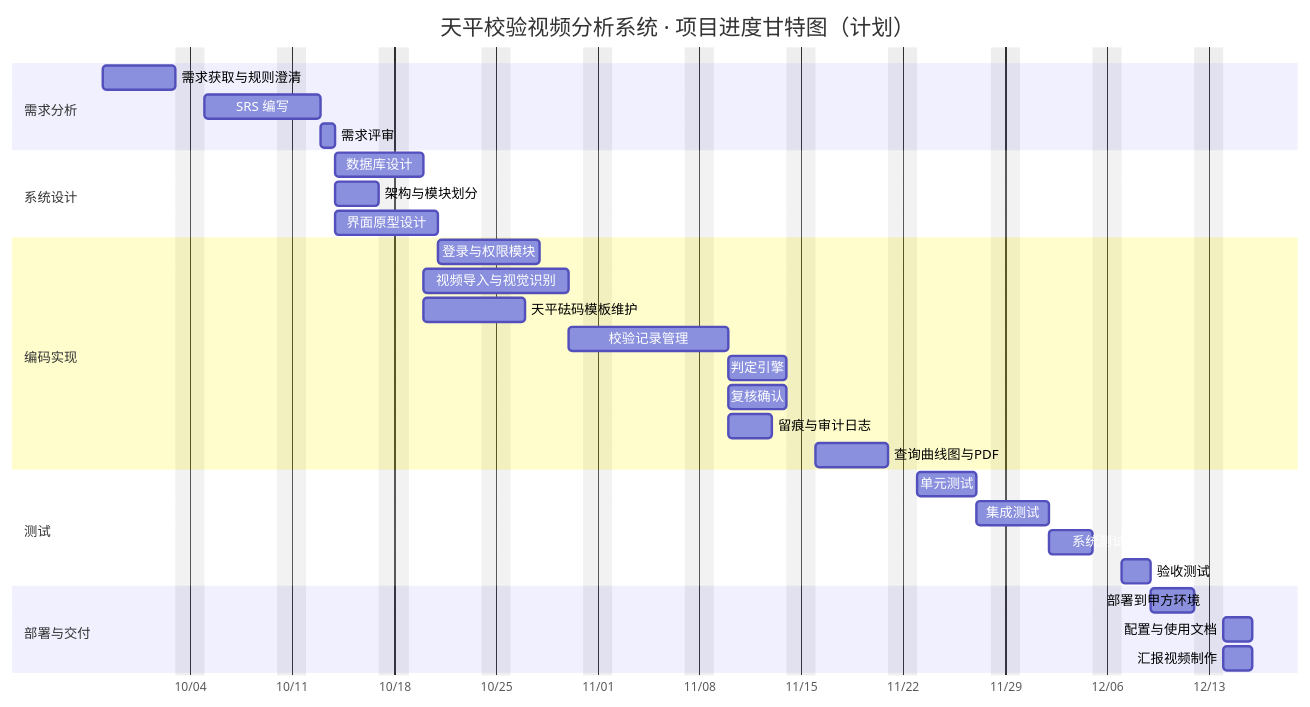
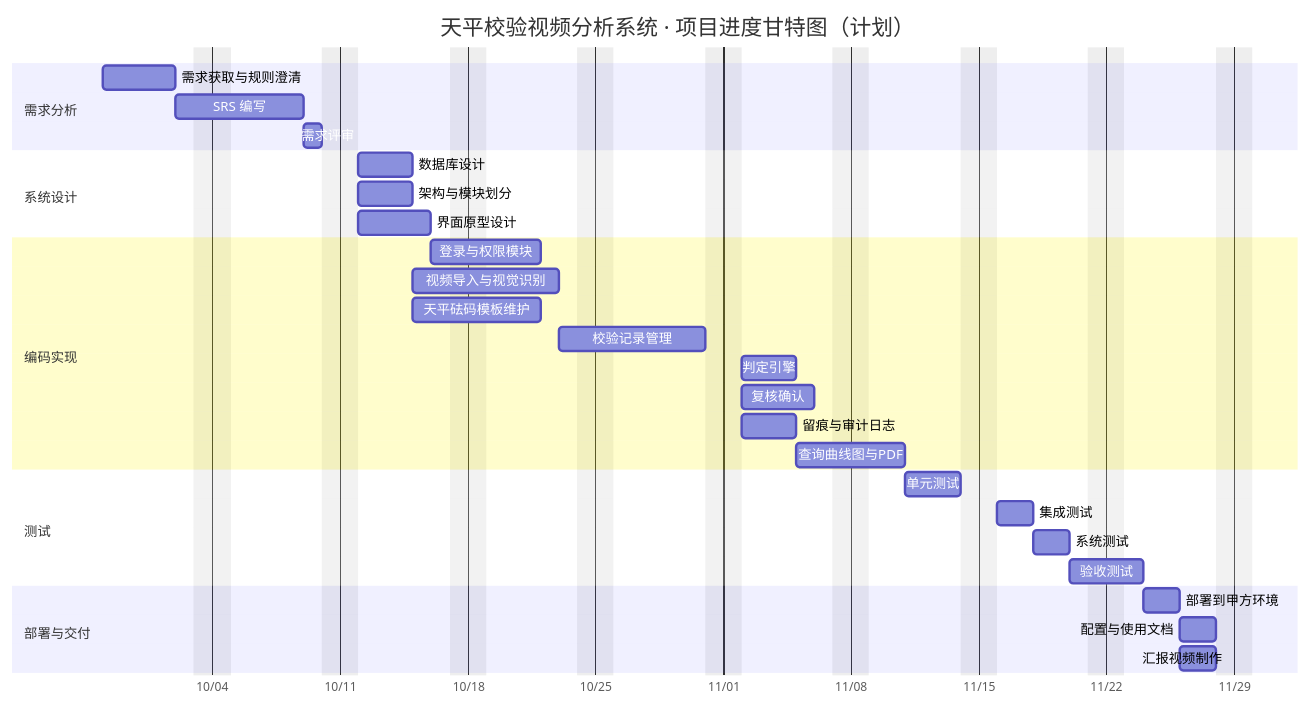
The diagram in 天平校验视频分析项目/管理文档/进度管理/进度计划（甘特图与网络图）.md (Copter1988/pm-knowledge-base), drawn with Mermaid before and after one commit. The commit also changed other lines of this file and 3 other files, not shown here.

````diff
--- a/天平校验视频分析项目/管理文档/进度管理/进度计划（甘特图与网络图）.md
+++ b/天平校验视频分析项目/管理文档/进度管理/进度计划（甘特图与网络图）.md
@@ -136,38 +137,38 @@
 ```mermaid
 gantt
     title 天平校验视频分析系统 · 项目进度甘特图（计划）
     dateFormat  YYYY-MM-DD
     axisFormat  %m/%d
     excludes    weekends
 
     section 需求分析
-    需求获取与规则澄清   :a1, 2026-09-28, 5d
-    SRS 编写             :a2, after a1, 6d
+    需求获取与规则澄清   :a1, 2026-09-28, 4d
+    SRS 编写             :a2, after a1, 5d
     需求评审             :a3, after a2, 1d
 
     section 系统设计
-    数据库设计           :b1, after a3, 4d
+    数据库设计           :b1, after a3, 3d
     架构与模块划分       :b2, after a3, 3d
-    界面原型设计         :b3, after a3, 5d
+    界面原型设计         :b3, after a3, 4d
 
     section 编码实现
-    登录与权限模块       :c1, after b3, 5d
-    视频导入与视觉识别   :c2, after b1, 8d
+    登录与权限模块       :c1, after b3, 4d
+    视频导入与视觉识别   :c2, after b1, 6d
     天平砝码模板维护     :c7, after b1, 5d
-    校验记录管理         :c3, after c2, 7d
-    判定引擎             :c4, after c3, 4d
+    校验记录管理         :c3, after c2, 6d
+    判定引擎             :c4, after c3, 3d
     复核确认             :c5, after c3, 4d
     留痕与审计日志       :c8, after c3, 3d
-    查询曲线图与PDF      :c6, after c4, 5d
+    查询曲线图与PDF      :c6, after c4, 4d
 
     section 测试
-    单元测试             :d1, after c6, 4d
-    集成测试             :d2, after d1, 3d
-    系统测试             :d3, after d2, 3d
+    单元测试             :d1, after c6, 3d
+    集成测试             :d2, after d1, 2d
+    系统测试             :d3, after d2, 2d
     验收测试             :d4, after d3, 2d
 
     section 部署与交付
-    部署到甲方环境       :e1, after d4, 3d
+    部署到甲方环境       :e1, after d4, 2d
     配置与使用文档       :e2, after e1, 2d
     汇报视频制作         :e3, after e1, 2d
 ```
````
